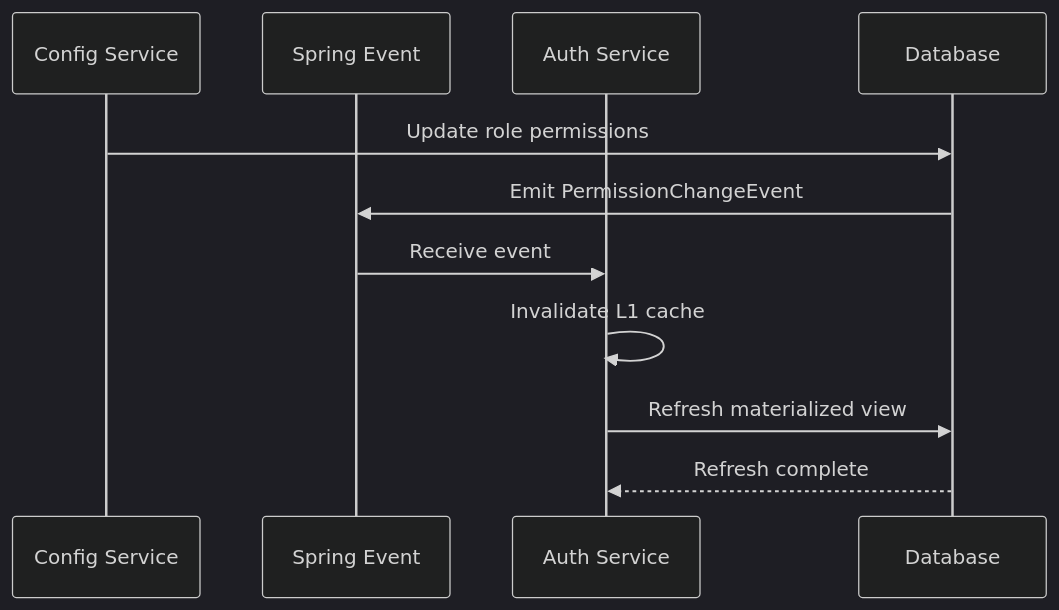
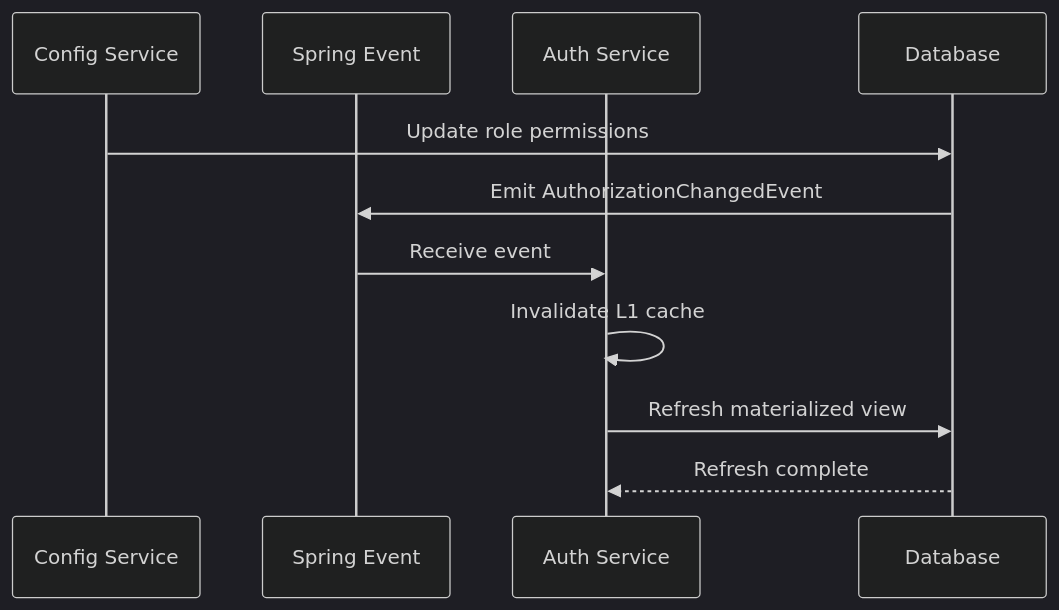
Before and after one commit to NOSiCode-CV/igrp-platform-access-management: the seventh of 7 diagrams in PERMISSION_MANAGEMENT_SPECS.md, drawn with Mermaid (dark theme).

````diff
--- a/PERMISSION_MANAGEMENT_SPECS.md
+++ b/PERMISSION_MANAGEMENT_SPECS.md
@@ -405,14 +405,14 @@
 ```mermaid
 sequenceDiagram
     participant Config Service
     participant Spring Event
     participant Auth Service
     participant Database
 
     Config Service->>Database: Update role permissions
-    Database->>Spring Event: Emit PermissionChangeEvent
+    Database->>Spring Event: Emit AuthorizationChangedEvent
    Spring Event->>Auth Service: Receive event
     Auth Service->>Auth Service: Invalidate L1 cache
     Auth Service->>Database: Refresh materialized view
     Database-->>Auth Service: Refresh complete
 ```
````
